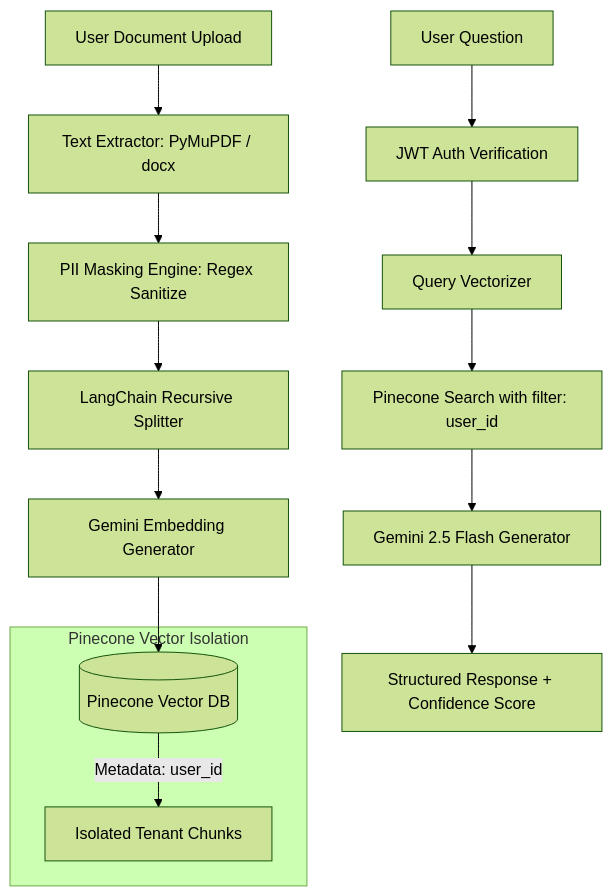
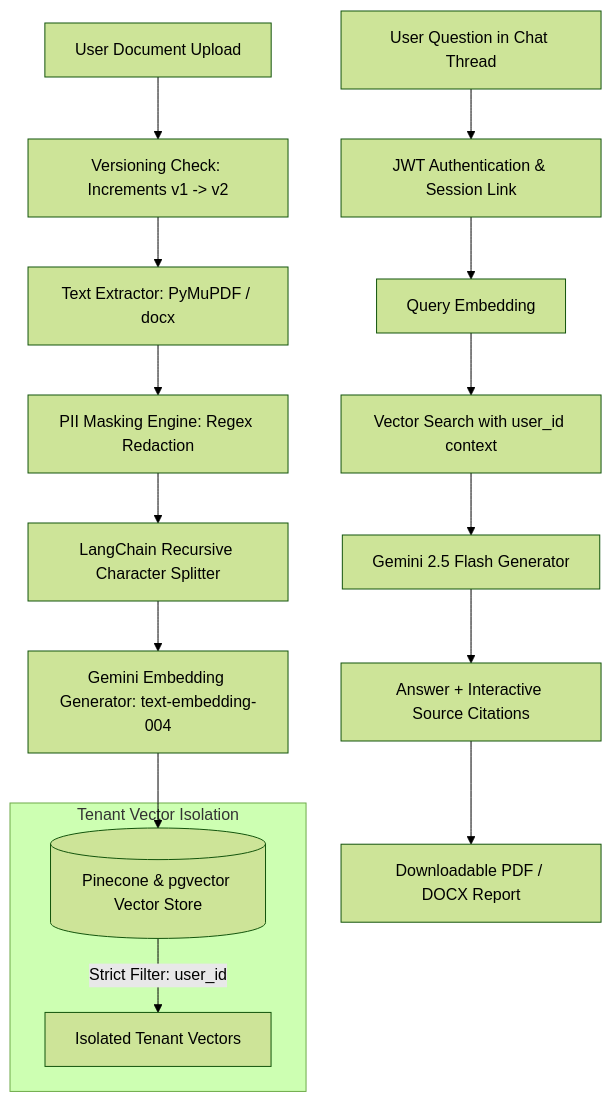
Before and after one commit to shahrohit21/RAG-based-SecureDocs-query-system: the diagram in README.md, drawn with Mermaid (forest theme). The commit also changed other lines of this file and 8 other files, not shown here.

````diff
--- a/README.md
+++ b/README.md
@@ -18,18 +18,20 @@
 ```mermaid
 graph TD
-    A[User Document Upload] --> B[Text Extractor: PyMuPDF / docx]
-    B --> C[PII Masking Engine: Regex Sanitize]
-    C --> D[LangChain Recursive Splitter]
-    D --> E[Gemini Embedding Generator]
-    E --> F[(Pinecone Vector DB)]
-    
-    subgraph Pinecone Vector Isolation
-        F -->|Metadata: user_id| G[Isolated Tenant Chunks]
+    A[User Document Upload] --> B[Versioning Check: Increments v1 -> v2]
+    B --> C[Text Extractor: PyMuPDF / docx]
+    C --> D[PII Masking Engine: Regex Redaction]
+    D --> E[LangChain Recursive Character Splitter]
+    E --> F[Gemini Embedding Generator: text-embedding-004]
+    F --> G[(Pinecone & pgvector Vector Store)]
+
+    subgraph Tenant Vector Isolation
+        G -->|Strict Filter: user_id| H[Isolated Tenant Vectors]
     end
 
-    H[User Question] --> I[JWT Auth Verification]
-    I --> J[Query Vectorizer]
-    J --> K[Pinecone Search with filter: user_id]
-    K --> L[Gemini 2.5 Flash Generator]
-    L --> M[Structured Response + Confidence Score]
+    I[User Question in Chat Thread] --> J[JWT Authentication & Session Link]
+    J --> K[Query Embedding]
+    K --> L[Vector Search with user_id context]
+    L --> M[Gemini 2.5 Flash Generator]
+    M --> N[Answer + Interactive Source Citations]
+    N --> O[Downloadable PDF / DOCX Report]
 ```
````
